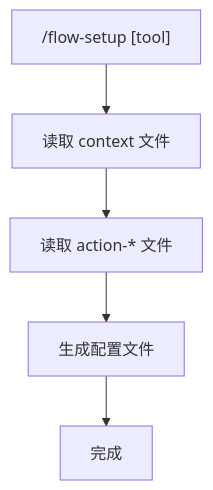
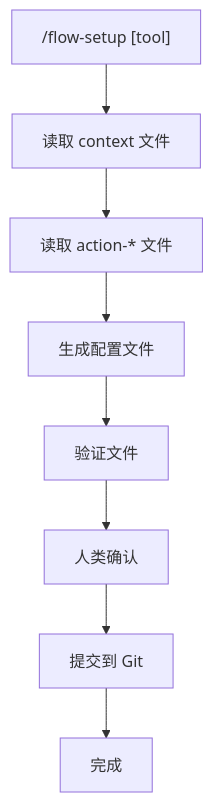
Before and after one commit to hakonleung/halo: the diagram in ai-coding/action-setup.md, drawn with Mermaid. The commit also changed other lines of this file and 31 other files, not shown here.

````diff
--- a/ai-coding/action-setup.md
+++ b/ai-coding/action-setup.md
@@ -17,7 +17,10 @@
 ```mermaid
 flowchart TD
     A["/flow-setup [tool]"] --> B["读取 context 文件"]
     B --> C["读取 action-* 文件"]
     C --> D["生成配置文件"]
-    D --> E["完成"]
+    D --> E["验证文件"]
+    E --> F["人类确认"]
+    F --> G["提交到 Git"]
+    G --> H["完成"]
 ```
````
